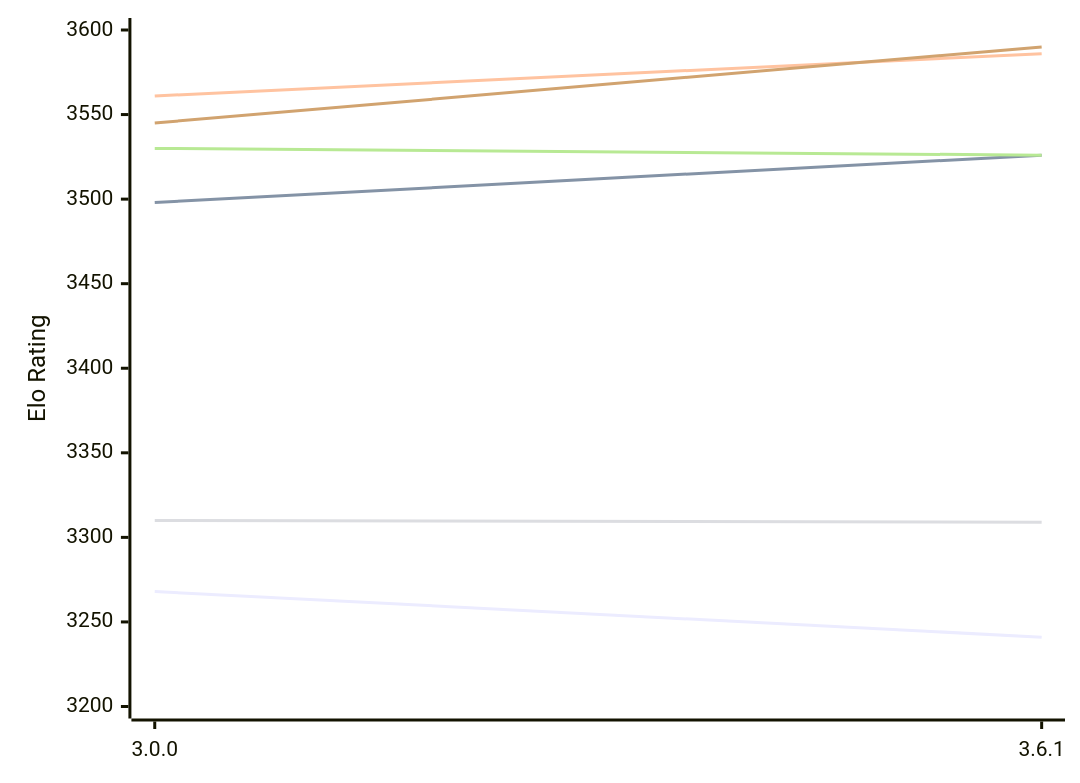
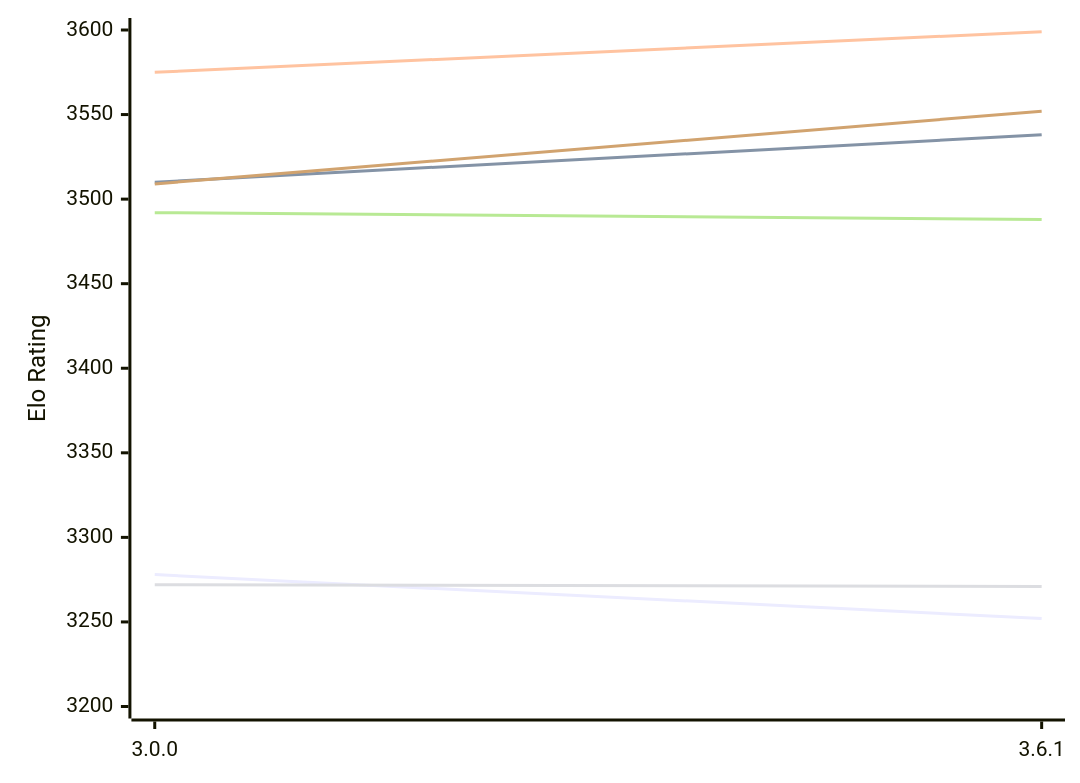
Before and after one commit to computer-chess-index/cci: the diagram in engines/Peras.md, drawn with Mermaid. The commit also changed other lines of this file, not shown here.

Commit message:
Update CCI Ratings (ELO VLTC) - 2026-11-14

````diff
--- a/engines/Peras.md
+++ b/engines/Peras.md
@@ -49,12 +49,12 @@
 ```mermaid
 %%{init: {"theme":"base","themeVariables":{"seriesColors:['#a3a3a3','#222221','#faa371']}}}%%
 xychart-beta
   x-axis ["3.0.0", "3.6.1"]
   y-axis "Elo Rating" 3200 --> 3600
-  line "E1: STC (8.0+0.08s)" [3268, 3241]
-  line "E1: LTC (60.0+0.60s)" [3498, 3526]
-  line "E1: VLTC (2m24s+1.12s)" [3561, 3586]
-  line "P1: STC (8.0+0.08s)" [3310, 3309]
-  line "P1: LTC (60.0+0.60s)" [3530, 3526]
-  line "P1: VLTC (2m24s+1.12s)" [3545, 3590]
+  line "E1: STC (8.0+0.08s)" [3278, 3252]
+  line "E1: LTC (60.0+0.60s)" [3510, 3538]
+  line "E1: VLTC (2m24s+1.12s)" [3575, 3599]
+  line "P1: STC (8.0+0.08s)" [3272, 3271]
+  line "P1: LTC (60.0+0.60s)" [3492, 3488]
+  line "P1: VLTC (2m24s+1.12s)" [3509, 3552]
 ```
````
